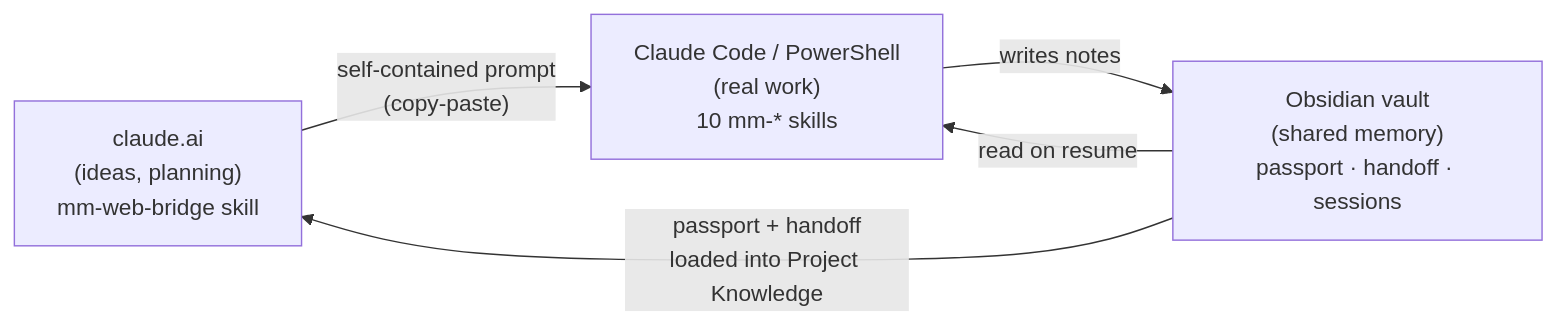
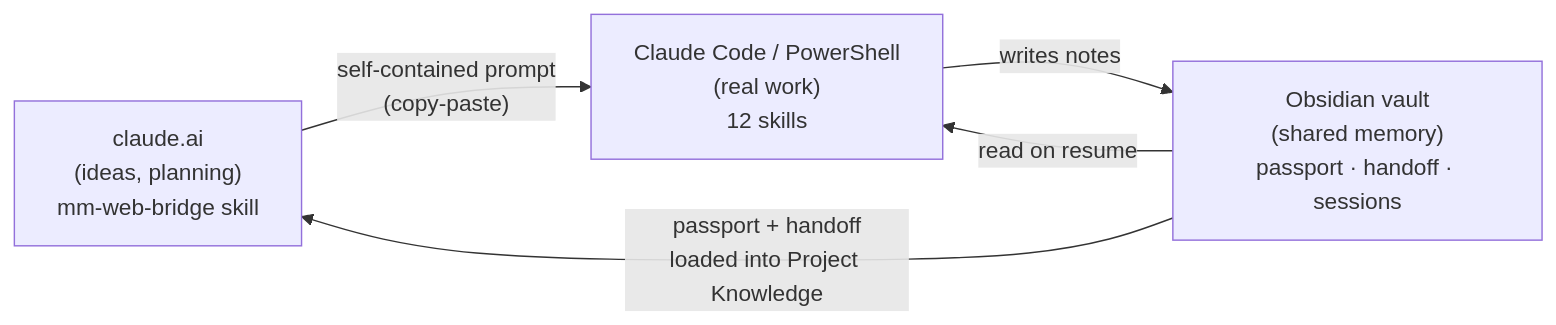
Before and after one commit to rnyqdz99yx-afk/markdown-memory: the diagram in README.md, drawn with Mermaid. The commit also changed other lines of this file and 1 other file, not shown here.

````diff
--- a/README.md
+++ b/README.md
@@ -37,11 +37,11 @@
 ```mermaid
 flowchart LR
     A["claude.ai<br/>(ideas, planning)<br/>mm-web-bridge skill"]
-    B["Claude Code / PowerShell<br/>(real work)<br/>10 mm-* skills"]
+    B["Claude Code / PowerShell<br/>(real work)<br/>12 skills"]
     C["Obsidian vault<br/>(shared memory)<br/>passport · handoff · sessions"]
 
     A -- "self-contained prompt<br/>(copy-paste)" --> B
     B -- "writes notes" --> C
     C -- "passport + handoff<br/>loaded into Project Knowledge" --> A
     C -- "read on resume" --> B
 ```
````
